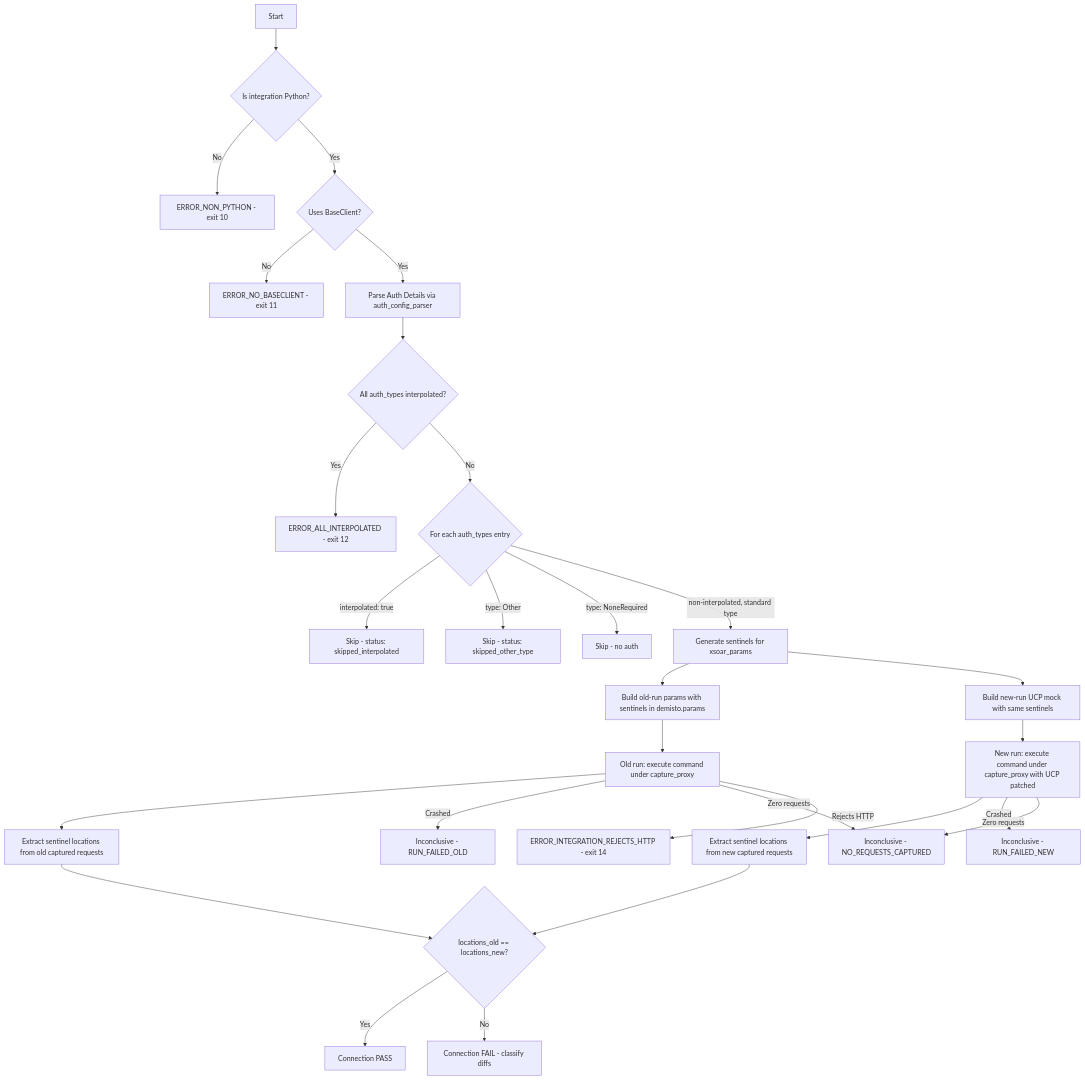
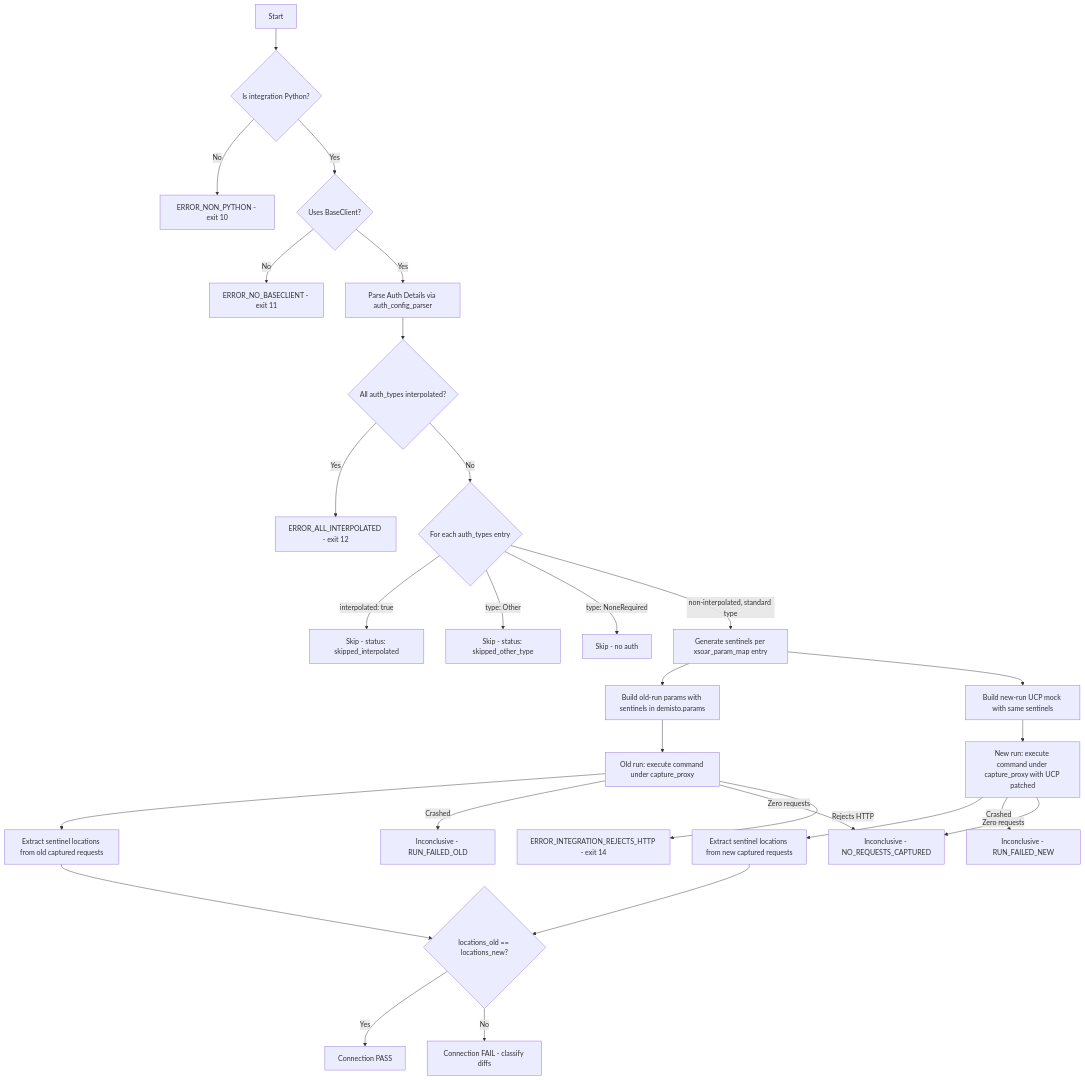
Before and after one commit to demisto/content: the diagram in connectus/auth_parity_test_design.md, drawn with Mermaid. The commit also changed other lines of this file and 18 other files, not shown here.

````diff
--- a/connectus/auth_parity_test_design.md
+++ b/connectus/auth_parity_test_design.md
@@ -1287,30 +1353,30 @@
 ```mermaid
 flowchart TD
     Z[Start] --> Z1{Is integration Python?}
     Z1 -->|No| Z2[ERROR_NON_PYTHON - exit 10]
     Z1 -->|Yes| Z3{Uses BaseClient?}
     Z3 -->|No| Z4[ERROR_NO_BASECLIENT - exit 11]
     Z3 -->|Yes| A[Parse Auth Details via auth_config_parser]
     A --> A1{All auth_types interpolated?}
     A1 -->|Yes| A2[ERROR_ALL_INTERPOLATED - exit 12]
     A1 -->|No| B{For each auth_types entry}
     B -->|interpolated: true| C[Skip - status: skipped_interpolated]
     B -->|type: Other| D[Skip - status: skipped_other_type]
     B -->|type: NoneRequired| E[Skip - no auth]
-    B -->|non-interpolated, standard type| F[Generate sentinels for xsoar_params]
+    B -->|non-interpolated, standard type| F[Generate sentinels per xsoar_param_map entry]
     F --> G[Build old-run params with sentinels in demisto.params]
     F --> H[Build new-run UCP mock with same sentinels]
     G --> I[Old run: execute command under capture_proxy]
     H --> J[New run: execute command under capture_proxy with UCP patched]
     I --> K[Extract sentinel locations from old captured requests]
     J --> L[Extract sentinel locations from new captured requests]
     K --> M{locations_old == locations_new?}
     L --> M
     M -->|Yes| N[Connection PASS]
     M -->|No| O[Connection FAIL - classify diffs]
     I -->|Crashed| P[Inconclusive - RUN_FAILED_OLD]
     J -->|Crashed| Q[Inconclusive - RUN_FAILED_NEW]
     I -->|Zero requests| R[Inconclusive - NO_REQUESTS_CAPTURED]
     J -->|Zero requests| R
     I -->|Rejects HTTP| S[ERROR_INTEGRATION_REJECTS_HTTP - exit 14]
 ```
````
